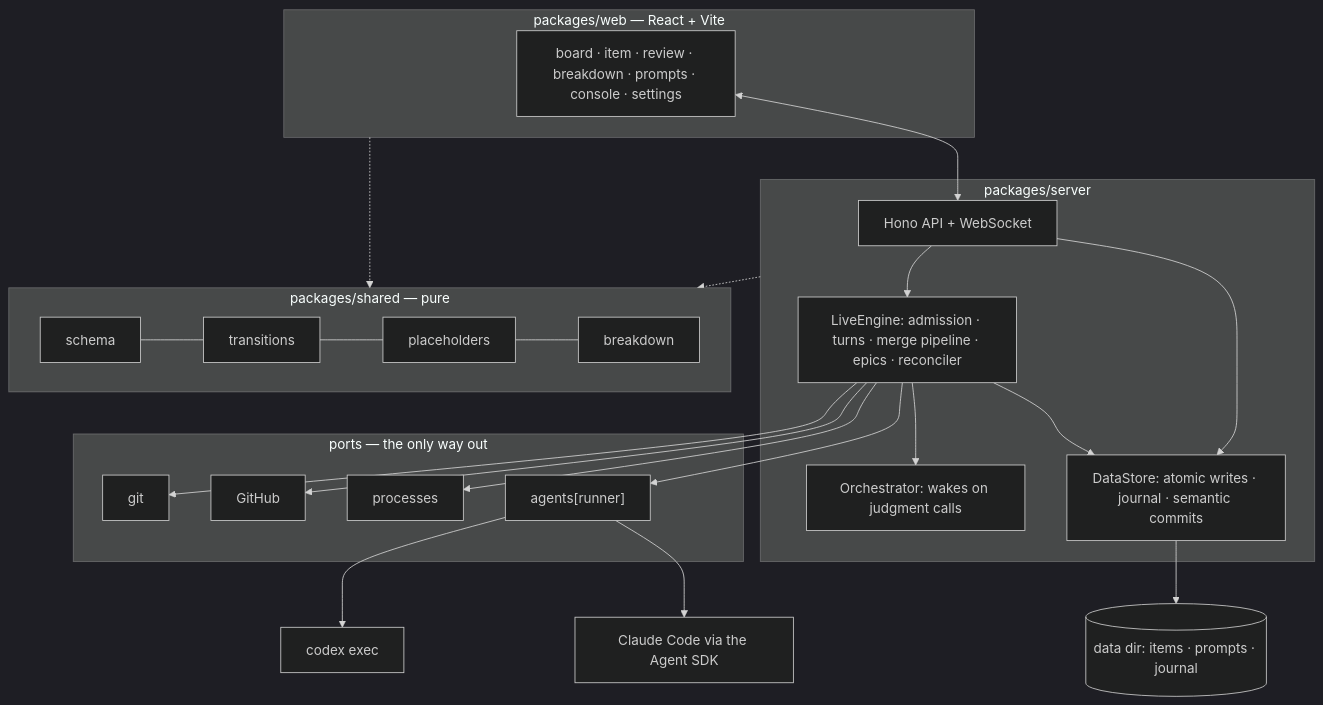
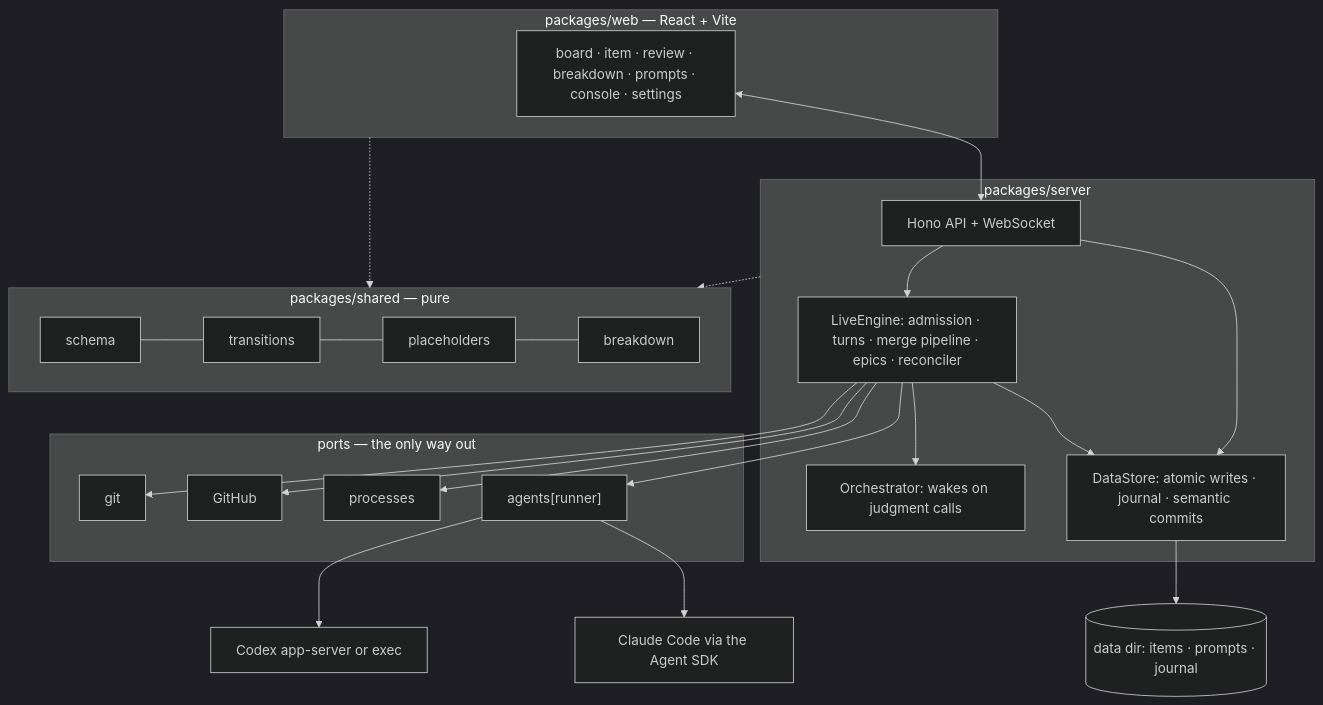
Before and after one commit to gravesisme/planestro: the diagram in docs/architecture.md, drawn with Mermaid (dark theme). The commit also changed other lines of this file and 76 other files, not shown here.

````diff
--- a/docs/architecture.md
+++ b/docs/architecture.md
@@ -3,25 +3,25 @@
 ```mermaid
 graph TB
   subgraph web [packages/web — React + Vite]
     UI[board · item · review · breakdown · prompts · console · settings]
   end
   subgraph server [packages/server]
     API[Hono API + WebSocket]
     ENG[LiveEngine: admission · turns · merge pipeline · epics · reconciler]
     ORCH[Orchestrator: wakes on judgment calls]
     STORE[DataStore: atomic writes · journal · semantic commits]
   end
   subgraph ports [ports — the only way out]
     GIT[git]; GH[GitHub]; PROC[processes]; AG["agents[runner]"]
   end
   subgraph shared [packages/shared — pure]
     SCH[schema] --- TR[transitions] --- PH[placeholders] --- BD[breakdown]
   end
   UI <--> API --> ENG --> STORE --> FILES[(data dir: items · prompts · journal)]
   API --> STORE
   ENG --> ORCH
   ENG --> GIT & GH & PROC & AG
-  AG --> CL[Claude Code via the Agent SDK] & CX[codex exec]
+  AG --> CL[Claude Code via the Agent SDK] & CX[Codex app-server or exec]
   server -.-> shared
   web -.-> shared
 ```
````
